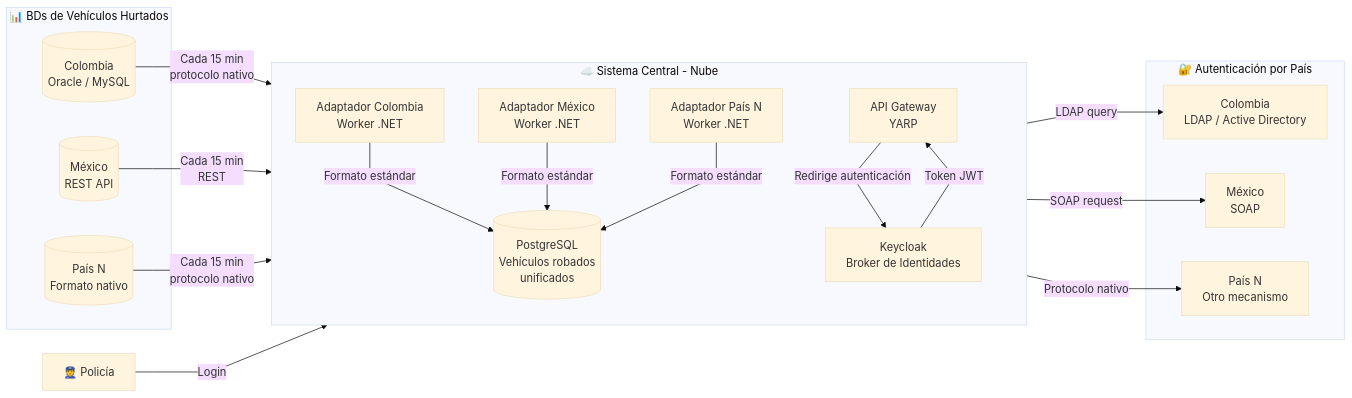
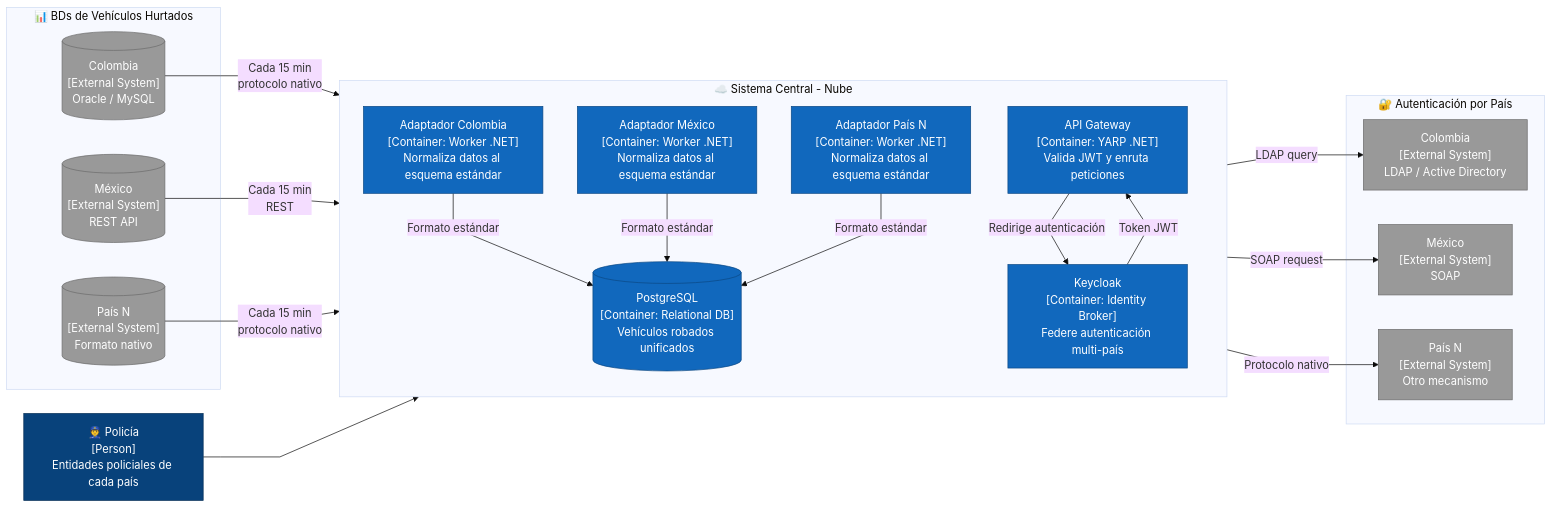
Before and after one commit to chetango/ceiba-arquitectura: the third of 8 diagrams in plantilla-propuesta.md, drawn with Mermaid (base theme). The commit also changed other lines of this file, not shown here.

Commit message:
Sync MD: convenciones C4 en todos los diagramas Mermaid

````diff
--- a/plantilla-propuesta.md
+++ b/plantilla-propuesta.md
@@ -152,42 +139,49 @@
 ```mermaid
 %%{init: {'flowchart': {'curve': 'linear'}}}%%
 flowchart LR
     subgraph BDPAISES["📊 BDs de Vehículos Hurtados"]
-        BD1[("Colombia\nOracle / MySQL")]
-        BD2[("México\nREST API")]
-        BD3[("País N\nFormato nativo")]
+        BD1[("Colombia\n[External System]\nOracle / MySQL")]
+        BD2[("México\n[External System]\nREST API")]
+        BD3[("País N\n[External System]\nFormato nativo")]
     end
 
     subgraph SISTEMA["☁️ Sistema Central - Nube"]
         direction TB
-        ADP1["Adaptador Colombia\nWorker .NET"]
-        ADP2["Adaptador México\nWorker .NET"]
-        ADP3["Adaptador País N\nWorker .NET"]
-        DB[("PostgreSQL\nVehículos robados\nunificados")]
-        GW["API Gateway\nYARP"]
-        KEYCLOAK["Keycloak\nBroker de Identidades"]
+        ADP1["Adaptador Colombia\n[Container: Worker .NET]\nNormaliza datos al esquema estándar"]
+        ADP2["Adaptador México\n[Container: Worker .NET]\nNormaliza datos al esquema estándar"]
+        ADP3["Adaptador País N\n[Container: Worker .NET]\nNormaliza datos al esquema estándar"]
+        DB[("PostgreSQL\n[Container: Relational DB]\nVehículos robados unificados")]
+        GW["API Gateway\n[Container: YARP .NET]\nValida JWT y enruta peticiones"]
+        KEYCLOAK["Keycloak\n[Container: Identity Broker]\nFedere autenticación multi-país"]
     end
 
     subgraph AUTHPAISES["🔐 Autenticación por País"]
-        AUTH1["Colombia\nLDAP / Active Directory"]
-        AUTH2["México\nSOAP"]
-        AUTH3["País N\nOtro mecanismo"]
+        AUTH1["Colombia\n[External System]\nLDAP / Active Directory"]
+        AUTH2["México\n[External System]\nSOAP"]
+        AUTH3["País N\n[External System]\nOtro mecanismo"]
     end
 
-    U1["👮 Policía"]
+    U1["👮 Policía\n[Person]\nEntidades policiales de cada país"]
 
     BD1 -->|"Cada 15 min\nprotocolo nativo"| ADP1
     BD2 -->|"Cada 15 min\nREST"| ADP2
     BD3 -->|"Cada 15 min\nprotocolo nativo"| ADP3
 
     ADP1 -->|"Formato estándar"| DB
     ADP2 -->|"Formato estándar"| DB
     ADP3 -->|"Formato estándar"| DB
 
-    U1 -->|"Login"| GW
+    U1 --> GW
     GW -->|"Redirige autenticación"| KEYCLOAK
     KEYCLOAK -->|"Token JWT"| GW
     KEYCLOAK -->|"LDAP query"| AUTH1
     KEYCLOAK -->|"SOAP request"| AUTH2
     KEYCLOAK -->|"Protocolo nativo"| AUTH3
+
+    classDef person fill:#08427b,stroke:#052e56,color:#fff
+    classDef container fill:#1168bd,stroke:#0b4884,color:#fff
+    classDef external fill:#999,stroke:#6b6b6b,color:#fff
+    class U1 person
+    class ADP1,ADP2,ADP3,DB,GW,KEYCLOAK container
+    class BD1,BD2,BD3,AUTH1,AUTH2,AUTH3 external
 ```
````
